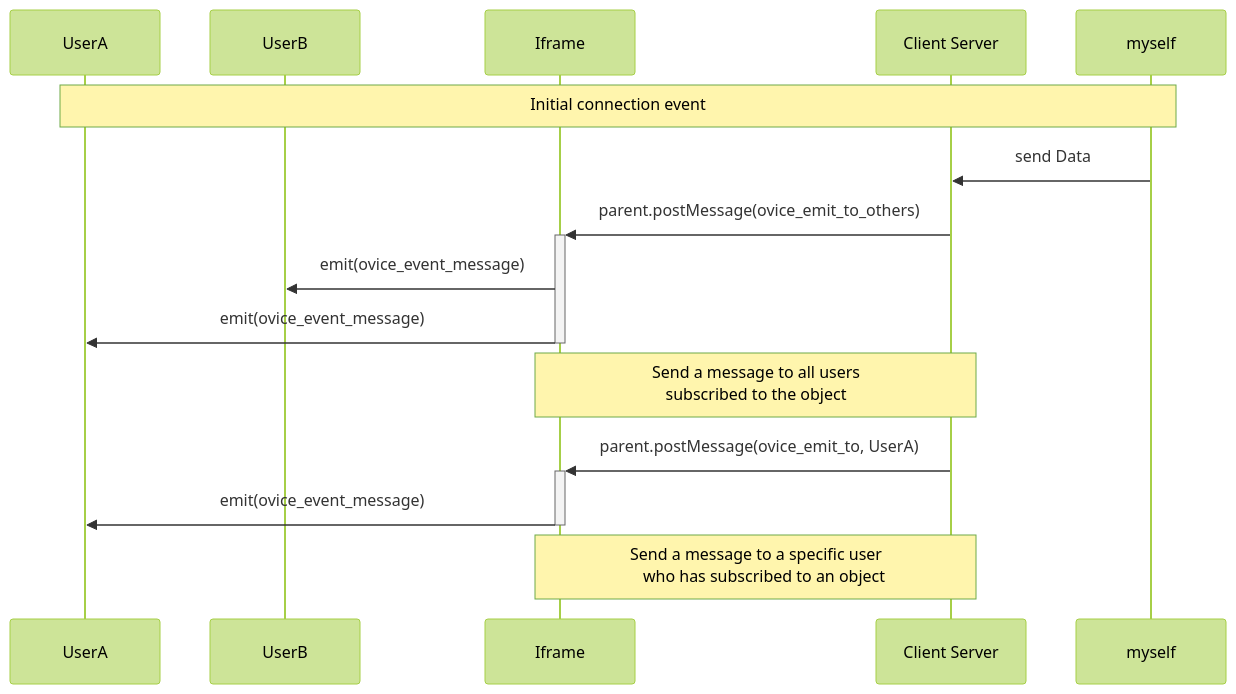
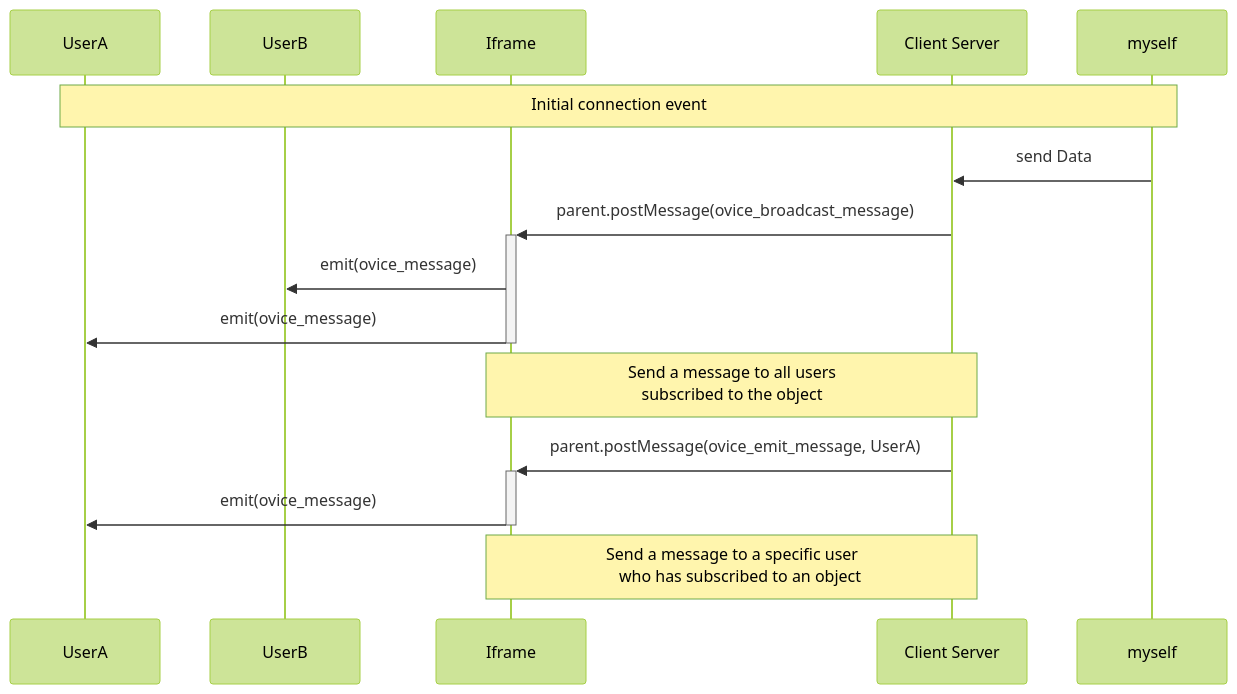
Before and after one commit to oviceinc/custom-plugins: the third of 3 diagrams in docs/technical_details_for_developers.md, drawn with Mermaid (forest theme). The commit also changed other lines of this file and 1 other file, not shown here.

````diff
--- a/docs/technical_details_for_developers.md
+++ b/docs/technical_details_for_developers.md
@@ -560,20 +349,20 @@
 ```mermaid
 sequenceDiagram
 		participant UserA
 		participant UserB
 		participant Iframe
     participant Client Server
 		participant myself
 
 		Note over UserA, myself: Initial connection event
 
 		myself->>Client Server: send Data
-    Client Server->>+Iframe: parent.postMessage(ovice_emit_to_others)
-    Iframe->>UserB: emit(ovice_event_message)
-		Iframe->>-UserA: emit(ovice_event_message)
+    Client Server->>+Iframe: parent.postMessage(ovice_broadcast_message)
+    Iframe->>UserB: emit(ovice_message)
+		Iframe->>-UserA: emit(ovice_message)
     Note over Client Server,Iframe: Send a message to all users <br />subscribed to the object
 
-		Client Server->>+Iframe: parent.postMessage(ovice_emit_to, UserA)
-    Iframe->>-UserA: emit(ovice_event_message)
+		Client Server->>+Iframe: parent.postMessage(ovice_emit_message, UserA)
+    Iframe->>-UserA: emit(ovice_message)
     Note over Client Server,Iframe: Send a message to a specific user <br />　who has subscribed to an object
 ```
````
